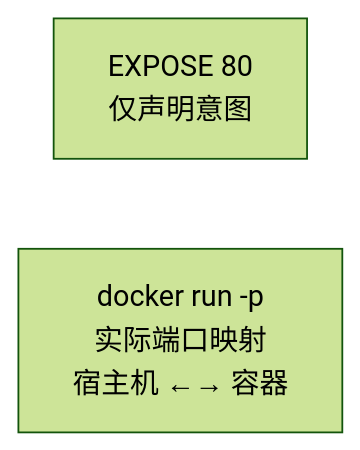
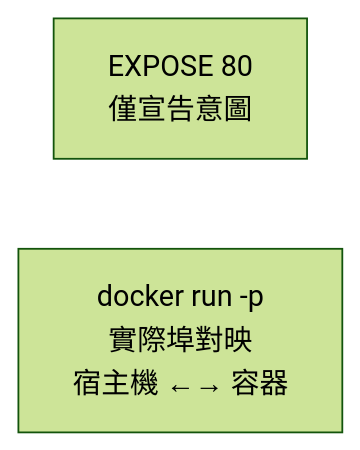
Before and after one commit to alexkuoecity/docker-practice-master-zh-tw: the diagram in 07_dockerfile/7.9_expose.md, drawn with Mermaid (forest theme). The commit also changed other lines of this file and 200 other files, not shown here.

````diff
--- a/07_dockerfile/7.9_expose.md
+++ b/07_dockerfile/7.9_expose.md
@@ -73,6 +73,6 @@
 ```mermaid
 flowchart TD
-    Expose["EXPOSE 80<br/>仅声明意图"]
-    Run["docker run -p<br/>实际端口映射<br/>宿主机 ←→ 容器"]
+    Expose["EXPOSE 80<br/>僅宣告意圖"]
+    Run["docker run -p<br/>實際埠對映<br/>宿主機 ←→ 容器"]
     Expose ~~~ Run
 ```
````
